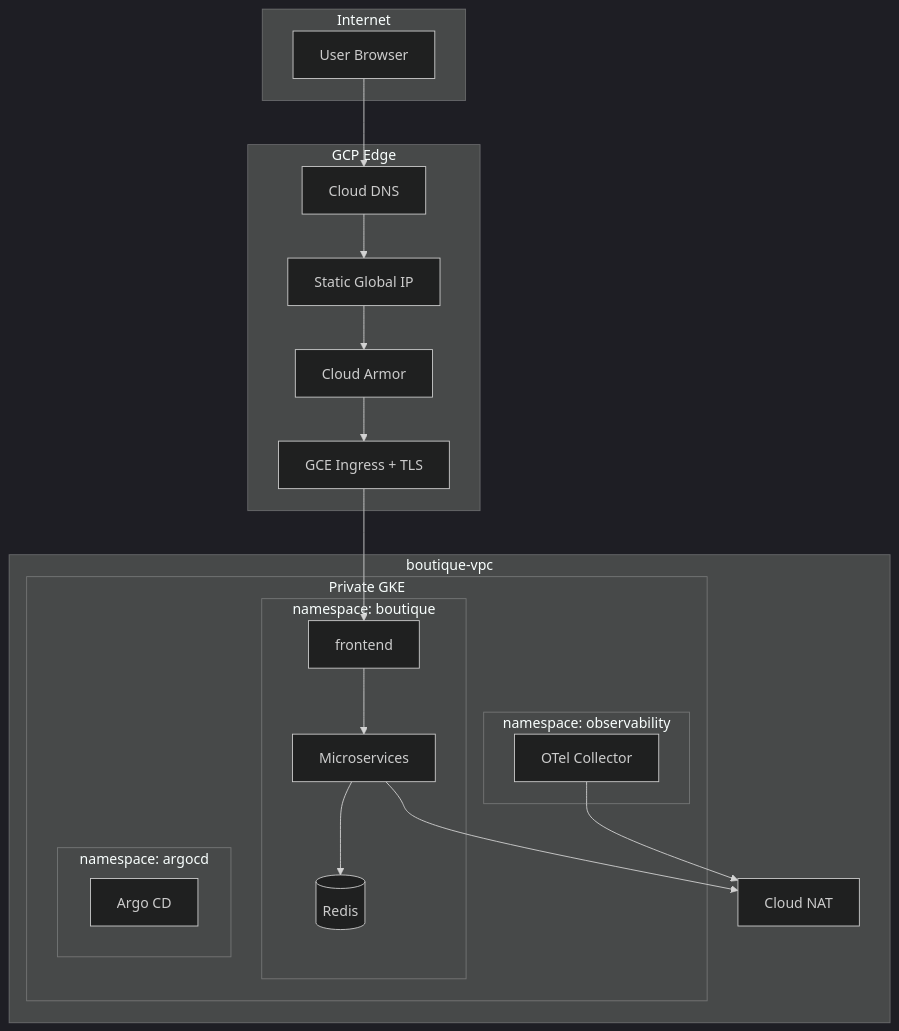
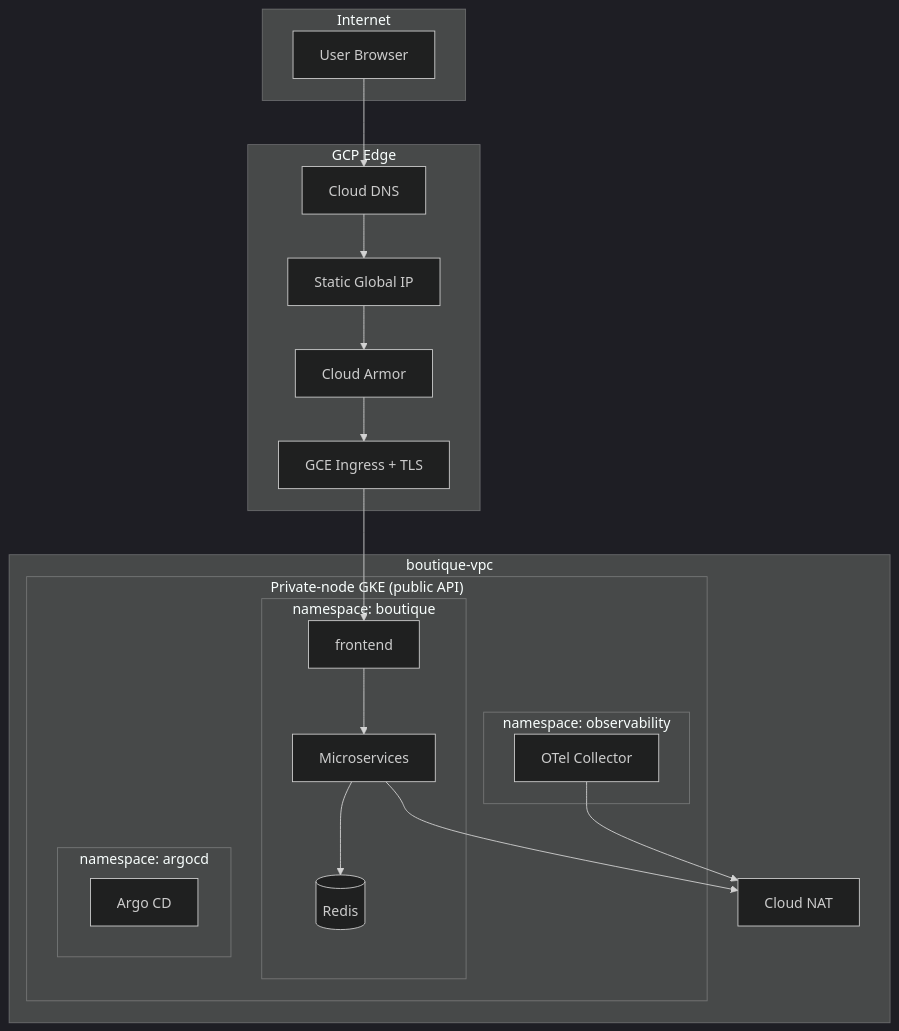
The diagram in assets/diagrams/network-flow.mmd (btilki/boutique-gke-sre), drawn with Mermaid (dark theme) before and after one commit. The commit also changed 31 other files, not shown here.

```diff
--- a/assets/diagrams/network-flow.mmd
+++ b/assets/diagrams/network-flow.mmd
@@ -1,33 +1,33 @@
 flowchart TB
   subgraph Internet
     USER[User Browser]
   end
 
   subgraph Edge["GCP Edge"]
     DNS[Cloud DNS]
     IP[Static Global IP]
     ARMOR[Cloud Armor]
     ING[GCE Ingress + TLS]
   end
 
   subgraph VPC["boutique-vpc"]
-    subgraph GKE["Private GKE"]
+    subgraph GKE["Private-node GKE (public API)"]
       subgraph NS_B["namespace: boutique"]
         FE[frontend]
         SVC[Microservices]
         REDIS[(Redis)]
       end
       subgraph NS_A["namespace: argocd"]
         AC[Argo CD]
       end
       subgraph NS_O["namespace: observability"]
         OTEL[OTel Collector]
       end
     end
     NAT[Cloud NAT]
   end
 
   USER --> DNS --> IP --> ARMOR --> ING --> FE
   FE --> SVC --> REDIS
   SVC --> NAT
   OTEL --> NAT
```
